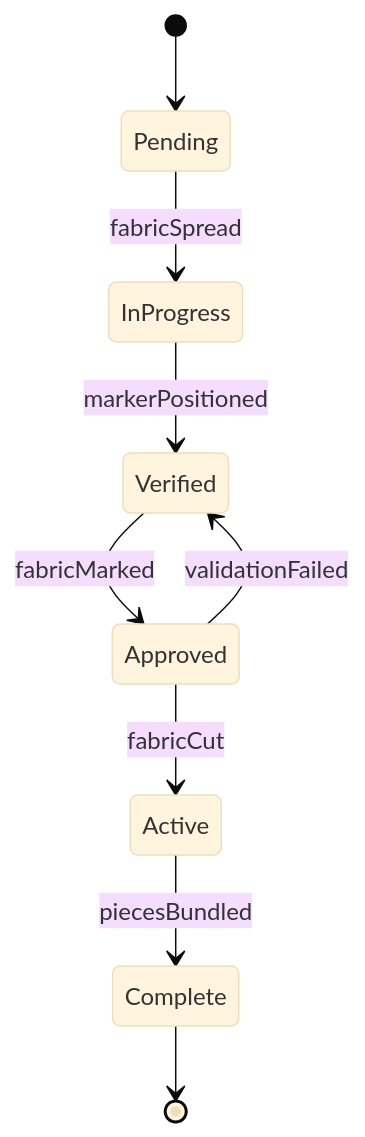
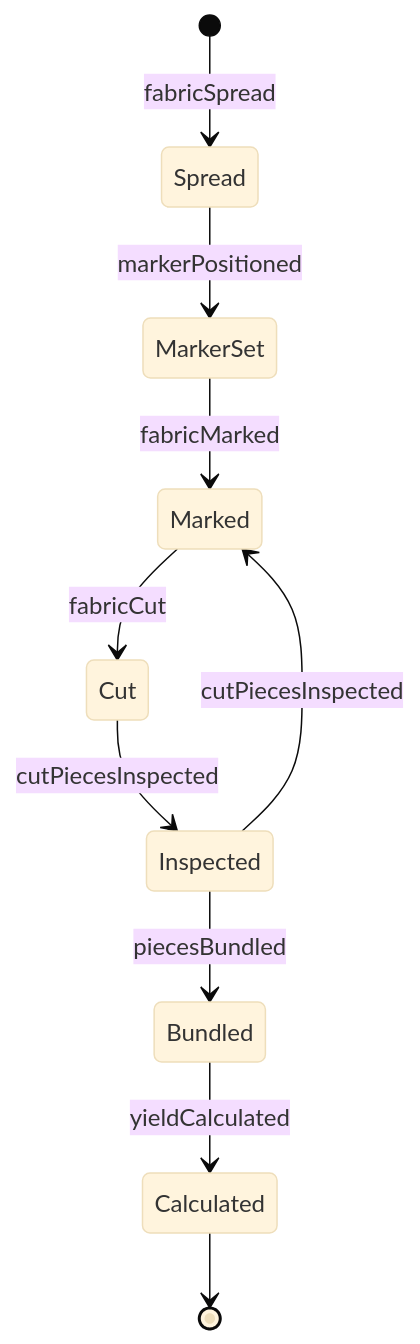
The second of 4 diagrams in HandlingAndMovingObjects/CutMaterials/CutFabrics.mdx (dot-org-ai/tasks.org.ai), drawn with Mermaid (base theme) before and after one commit. The commit also changed other lines of this file and 515 other files, not shown here.

````diff
--- a/HandlingAndMovingObjects/CutMaterials/CutFabrics.mdx
+++ b/HandlingAndMovingObjects/CutMaterials/CutFabrics.mdx
@@ -98,11 +99,12 @@
 ```mermaid
 stateDiagram-v2
-    [*] --> Pending
-    Pending --> InProgress : fabricSpread
-    InProgress --> Verified : markerPositioned
-    Verified --> Approved : fabricMarked
-    Approved --> Active : fabricCut
-    Active --> Complete : piecesBundled
-    Approved --> Verified : validationFailed
-    Complete --> [*]
+    [*] --> Spread : fabricSpread
+    Spread --> MarkerSet : markerPositioned
+    MarkerSet --> Marked : fabricMarked
+    Marked --> Cut : fabricCut
+    Cut --> Inspected : cutPiecesInspected
+    Inspected --> Bundled : piecesBundled
+    Inspected --> Marked : cutPiecesInspected
+    Bundled --> Calculated : yieldCalculated
+    Calculated --> [*]
 ```
````
